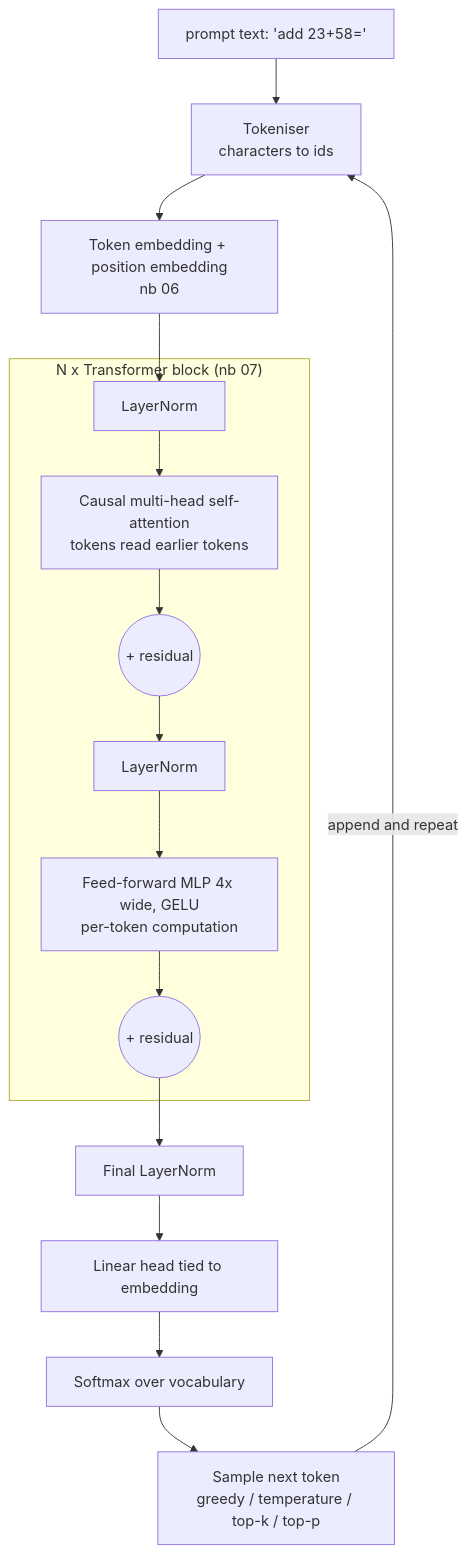
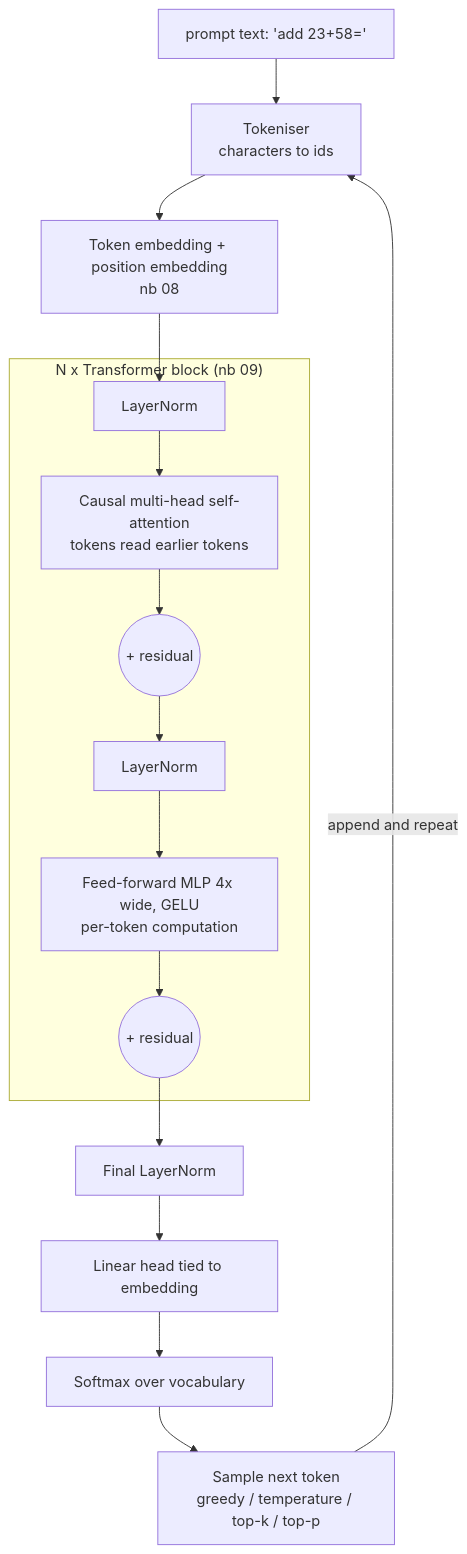
One commit to fborbon/academy changed the second of 2 diagrams in neural-networks/README.md. Above: the diagram before and after it, drawn with Mermaid. The commit also changed other lines of this file and 30 other files, not shown here.

````diff
--- a/neural-networks/README.md
+++ b/neural-networks/README.md
@@ -87,18 +98,18 @@
 ```mermaid
 flowchart TB
     P["prompt text: 'add 23+58='"] --> TOK[Tokeniser<br/>characters to ids]
-    TOK --> EMB[Token embedding + position embedding<br/>nb 06]
+    TOK --> EMB[Token embedding + position embedding<br/>nb 08]
     EMB --> B1
-    subgraph Stack["N x Transformer block (nb 07)"]
+    subgraph Stack["N x Transformer block (nb 09)"]
         B1[LayerNorm] --> ATT[Causal multi-head self-attention<br/>tokens read earlier tokens]
         ATT --> R1((+ residual))
         R1 --> B2[LayerNorm]
         B2 --> MLP[Feed-forward MLP 4x wide, GELU<br/>per-token computation]
         MLP --> R2((+ residual))
     end
     R2 --> LN[Final LayerNorm]
     LN --> HEAD[Linear head tied to embedding]
     HEAD --> SM[Softmax over vocabulary]
     SM --> S[Sample next token<br/>greedy / temperature / top-k / top-p]
     S -->|append and repeat| TOK
 ```
````
